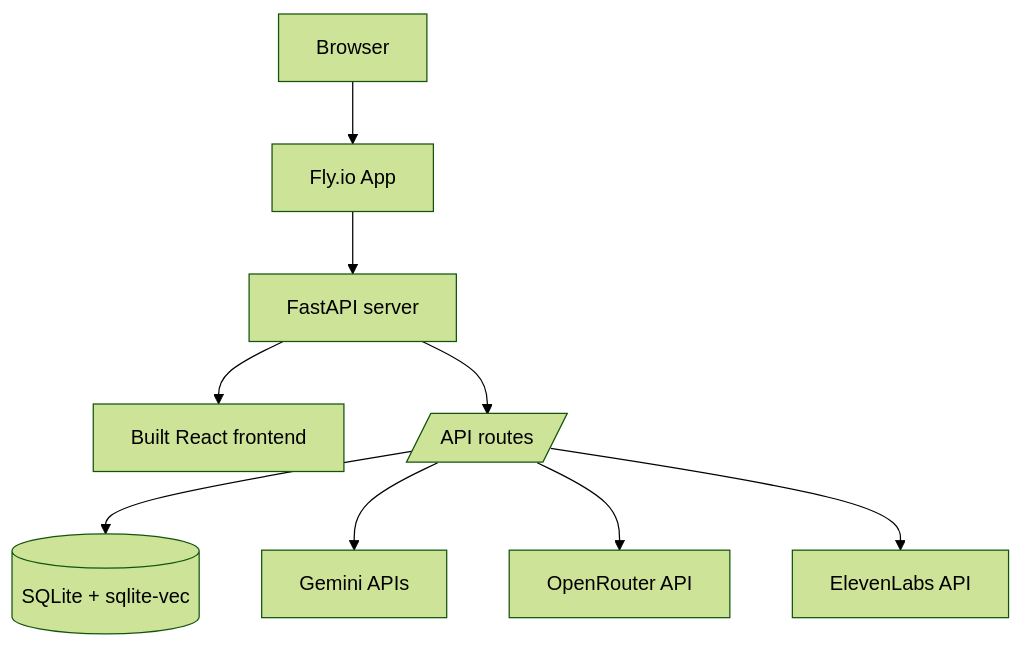
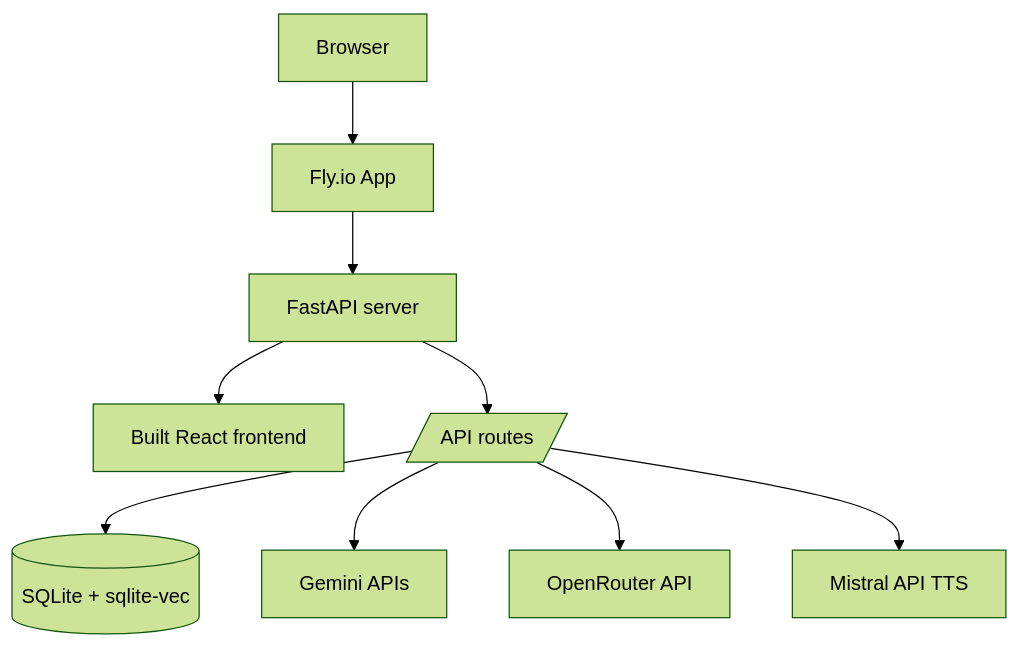
One commit to MrFunnything99/Open-Journal changed the third of 3 diagrams in README.md. Above: the diagram before and after it, drawn with Mermaid (forest theme). The commit also changed other lines of this file and 13 other files, not shown here.

First line of the commit message:
Demo mode: Assisted Journal voice UI, Mistral-only TTS, remove ElevenLabs

````diff
--- a/README.md
+++ b/README.md
@@ -268,11 +267,11 @@
 ```mermaid
 flowchart TD
     Browser --> Fly[Fly.io App]
     Fly --> FastAPI[FastAPI server]
     FastAPI --> Static[Built React frontend]
     FastAPI --> Routes[/API routes/]
     Routes --> SQLite[(SQLite + sqlite-vec)]
     Routes --> Gemini[Gemini APIs]
     Routes --> OpenRouter[OpenRouter API]
-    Routes --> ElevenLabs[ElevenLabs API]
+    Routes --> Mistral[Mistral API TTS]
 ```
````
